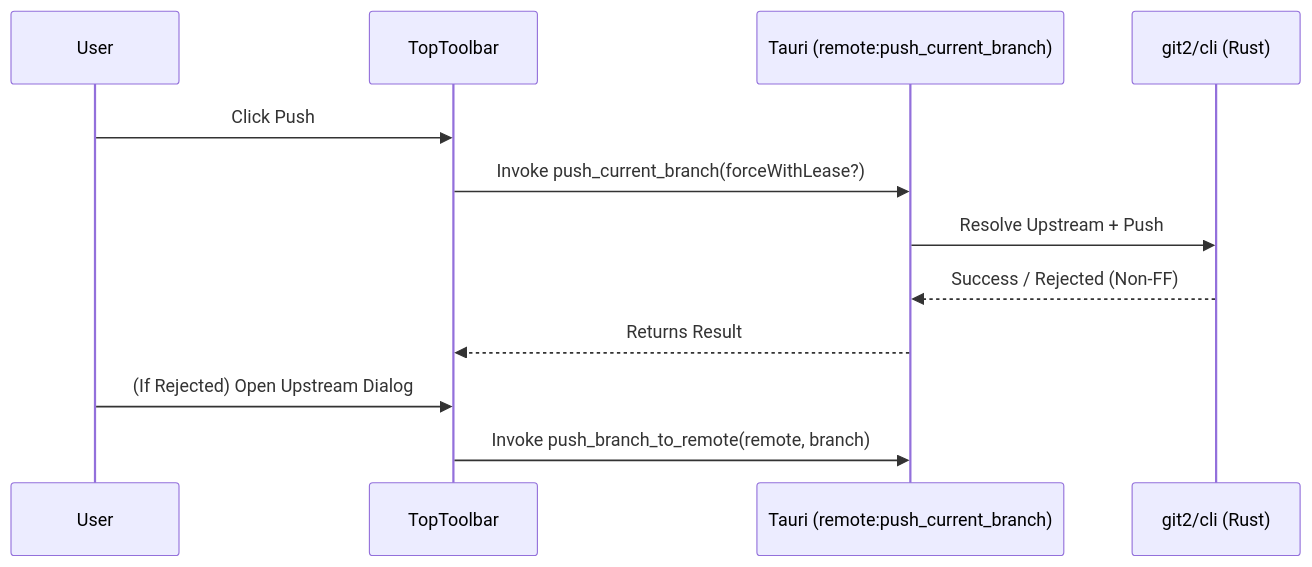
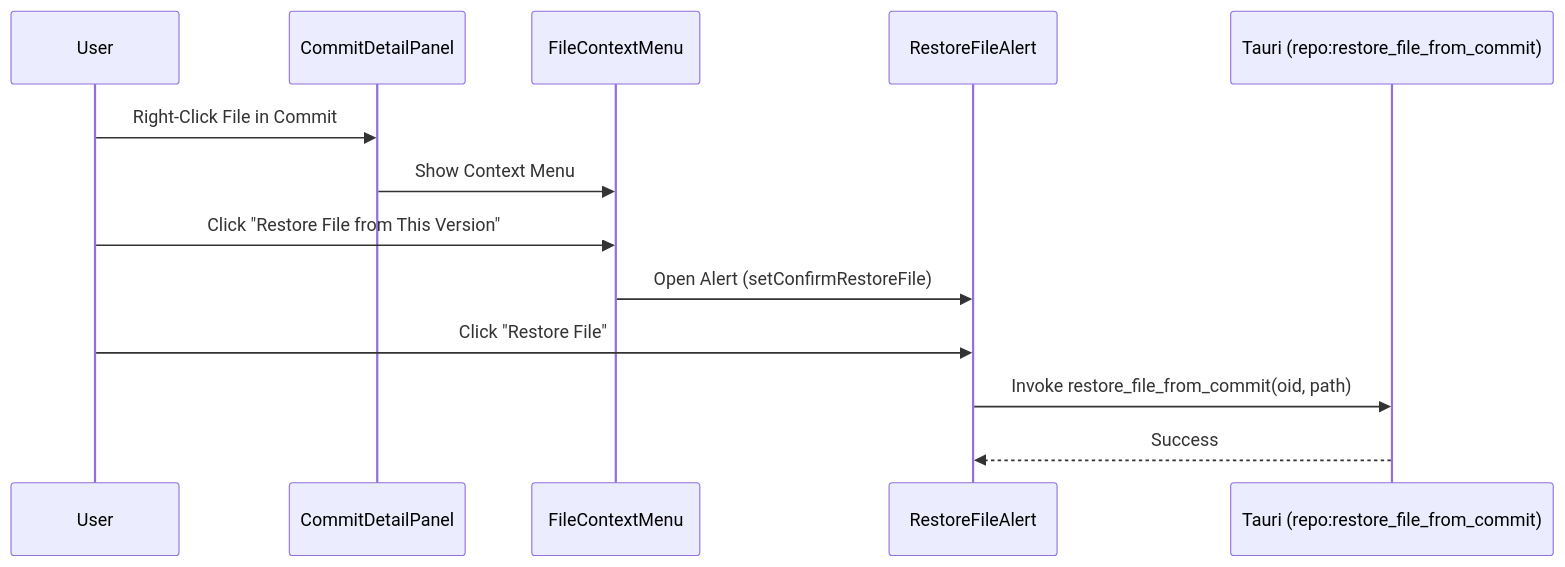
One commit to TrungHieu0107/git-helper changed the second of 3 diagrams in docs/user_flow.md. Above: the diagram before and after it, drawn with Mermaid. The commit also changed other lines of this file and 19 other files, not shown here.

First line of the commit message:
feat(repo): add reset-to-commit command and integrate reset UI; implement unified conflict routing

````diff
--- a/docs/user_flow.md
+++ b/docs/user_flow.md
@@ -48,15 +33,16 @@
 ```mermaid
 sequenceDiagram
     participant U as User
-    participant Toolbar as TopToolbar
-    participant T as Tauri (remote:push_current_branch)
-    participant G as git2/cli (Rust)
+    participant C as CommitDetailPanel
+    participant M as FileContextMenu
+    participant A as RestoreFileAlert
+    participant T as Tauri (repo:restore_file_from_commit)
 
-    U->>Toolbar: Click Push
-    Toolbar->>T: Invoke push_current_branch(forceWithLease?)
-    T->>G: Resolve Upstream + Push
-    G-->>T: Success / Rejected (Non-FF)
-    T-->>Toolbar: Returns Result
-    U->>Toolbar: (If Rejected) Open Upstream Dialog
-    Toolbar->>T: Invoke push_branch_to_remote(remote, branch)
+    U->>C: Right-Click File in Commit
+    C->>M: Show Context Menu
+    U->>M: Click "Restore File from This Version"
+    M->>A: Open Alert (setConfirmRestoreFile)
+    U->>A: Click "Restore File"
+    A->>T: Invoke restore_file_from_commit(oid, path)
+    T-->>A: Success
 ```
````
